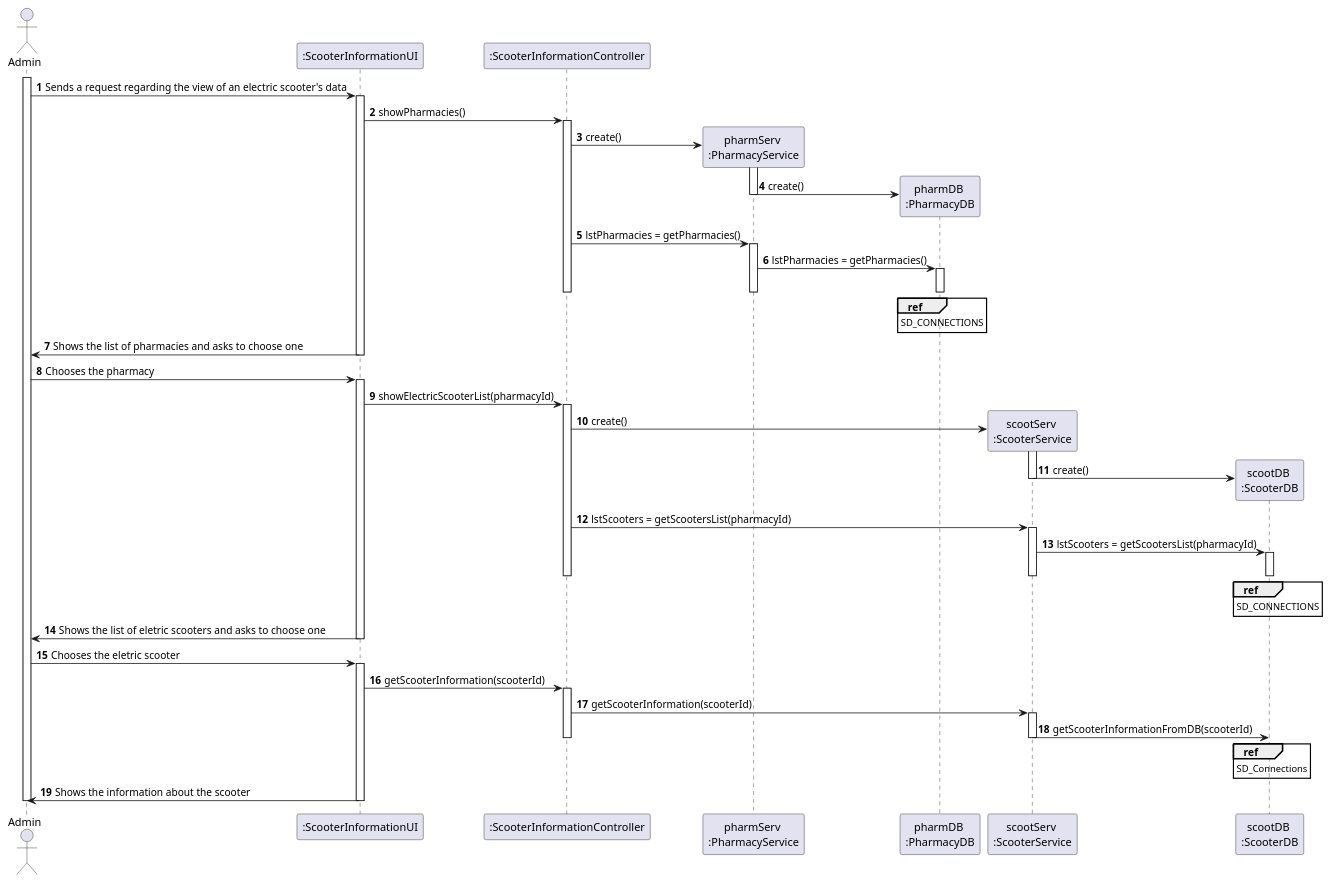
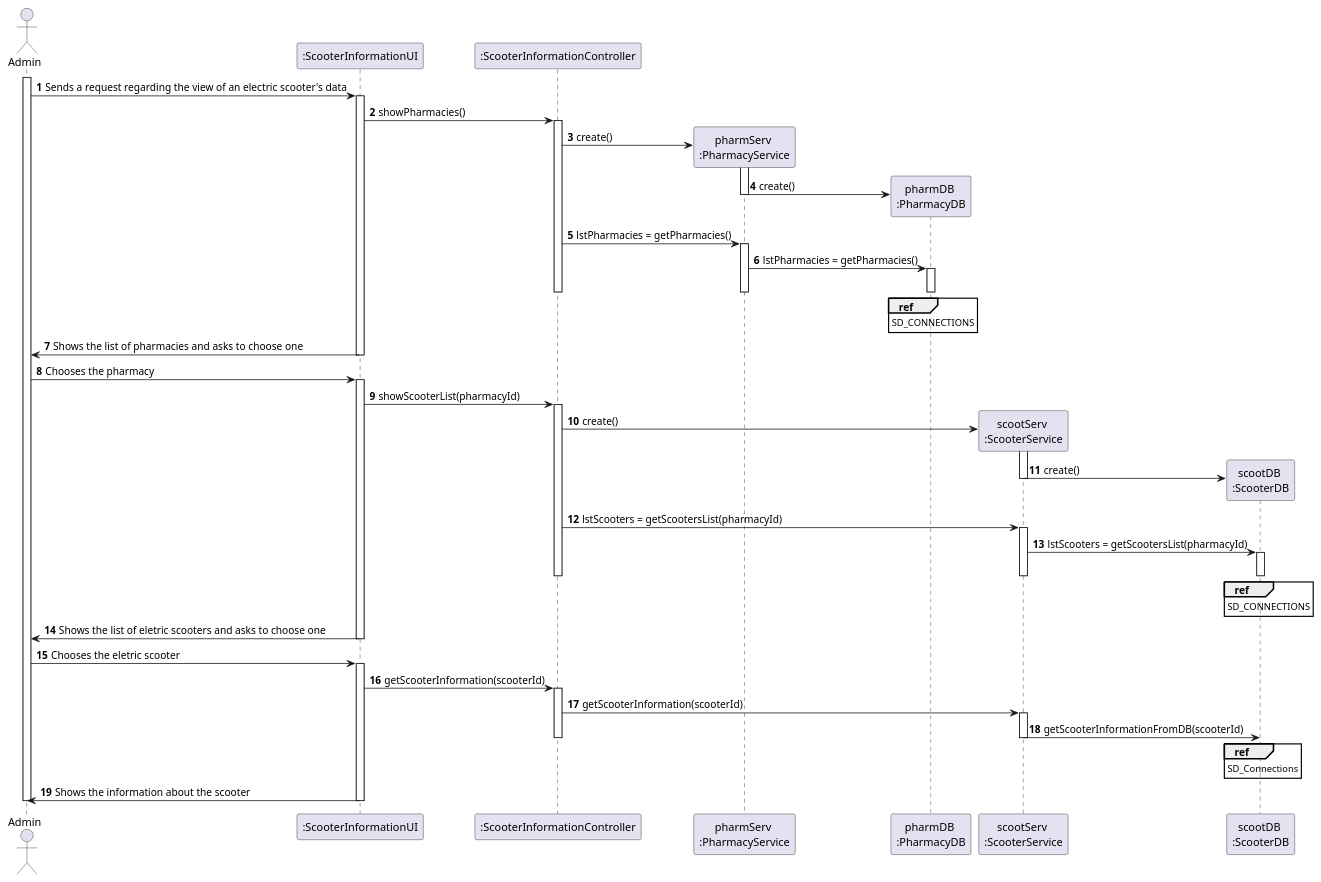
The diagram in docs/Iteration 2/Scooter Management/US57_ScooterInformation/Refinement/US57_SD.puml (tiagoavcosta25/LAPR3), drawn with PlantUML before and after one commit. The commit also changed 28 other files, not shown here.

```diff
--- a/docs/Iteration 2/Scooter Management/US57_ScooterInformation/Refinement/US57_SD.puml
+++ b/docs/Iteration 2/Scooter Management/US57_ScooterInformation/Refinement/US57_SD.puml
@@ -1,75 +1,75 @@
 @startuml
 autonumber
 actor "Admin" as ADMIN
 
 participant ":ScooterInformationUI" as UI
 participant ":ScooterInformationController" as CTRL
 participant "pharmServ \n:PharmacyService" as PHS
 participant "pharmDB \n:PharmacyDB" as PHDB
 participant "scootServ \n:ScooterService" as SS
 participant "scootDB \n:ScooterDB" as SDB
 
 activate ADMIN
 
 ADMIN -> UI : Sends a request regarding the view of an electric scooter's data
 activate UI
 UI -> CTRL : showPharmacies()
 activate CTRL
 CTRL -> PHS ** : create()
 activate PHS
 PHS -> PHDB ** : create()
 deactivate PHS
 CTRL -> PHS : lstPharmacies = getPharmacies()
 activate PHS
 PHS -> PHDB : lstPharmacies = getPharmacies()
 activate PHDB
 ref over PHDB
 SD_CONNECTIONS
 end ref
 deactivate PHDB
 deactivate PHS
 deactivate CTRL
 UI -> ADMIN : Shows the list of pharmacies and asks to choose one
 deactivate UI
 
 ADMIN -> UI : Chooses the pharmacy
 activate UI
-UI -> CTRL : showElectricScooterList(pharmacyId)
+UI -> CTRL : showScooterList(pharmacyId)
 activate CTRL
 CTRL -> SS ** : create()
 activate SS
 SS -> SDB ** : create()
 deactivate SS
 CTRL -> SS : lstScooters = getScootersList(pharmacyId)
 activate SS
 SS -> SDB : lstScooters = getScootersList(pharmacyId)
 activate SDB
 ref over SDB
 SD_CONNECTIONS
 end ref
 deactivate SDB
 deactivate SS
 deactivate CTRL
 UI -> ADMIN : Shows the list of eletric scooters and asks to choose one
 deactivate UI
 ADMIN -> UI : Chooses the eletric scooter
 
 activate UI
 UI -> CTRL : getScooterInformation(scooterId)
 activate CTRL
 CTRL -> SS : getScooterInformation(scooterId)
 activate SS
 SS -> SDB : getScooterInformationFromDB(scooterId)
 ref over SDB
 SD_Connections
 end ref
 deactivate SDB
 deactivate SS
 deactivate CTRL
 UI -> ADMIN : Shows the information about the scooter
 
 deactivate UI
 
 deactivate ADMIN
 
 @enduml
```
